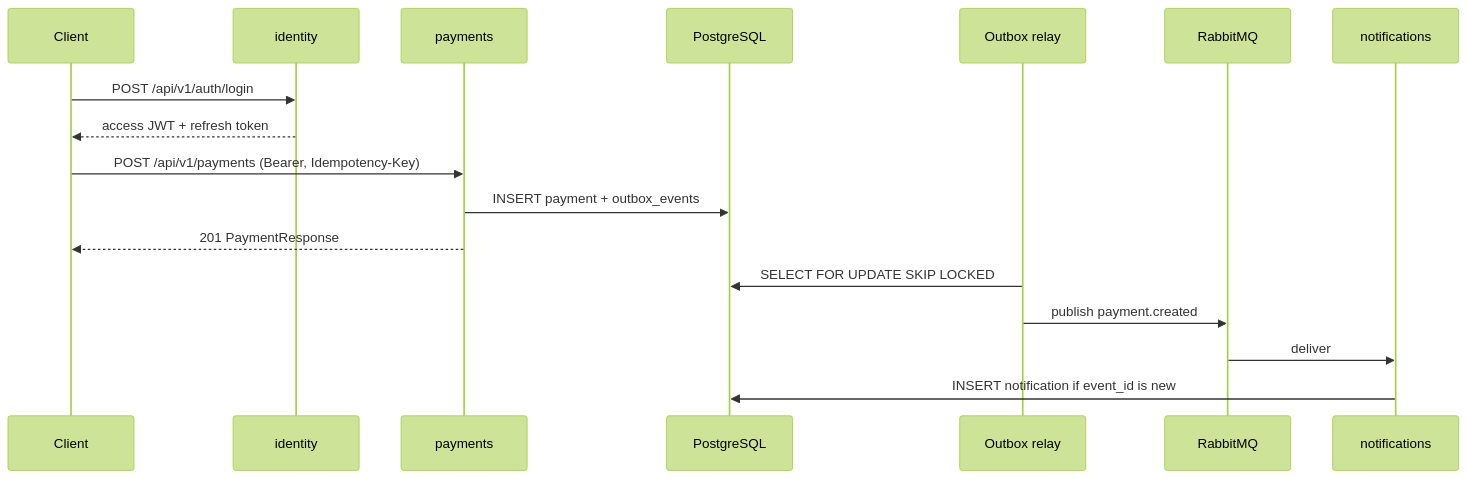
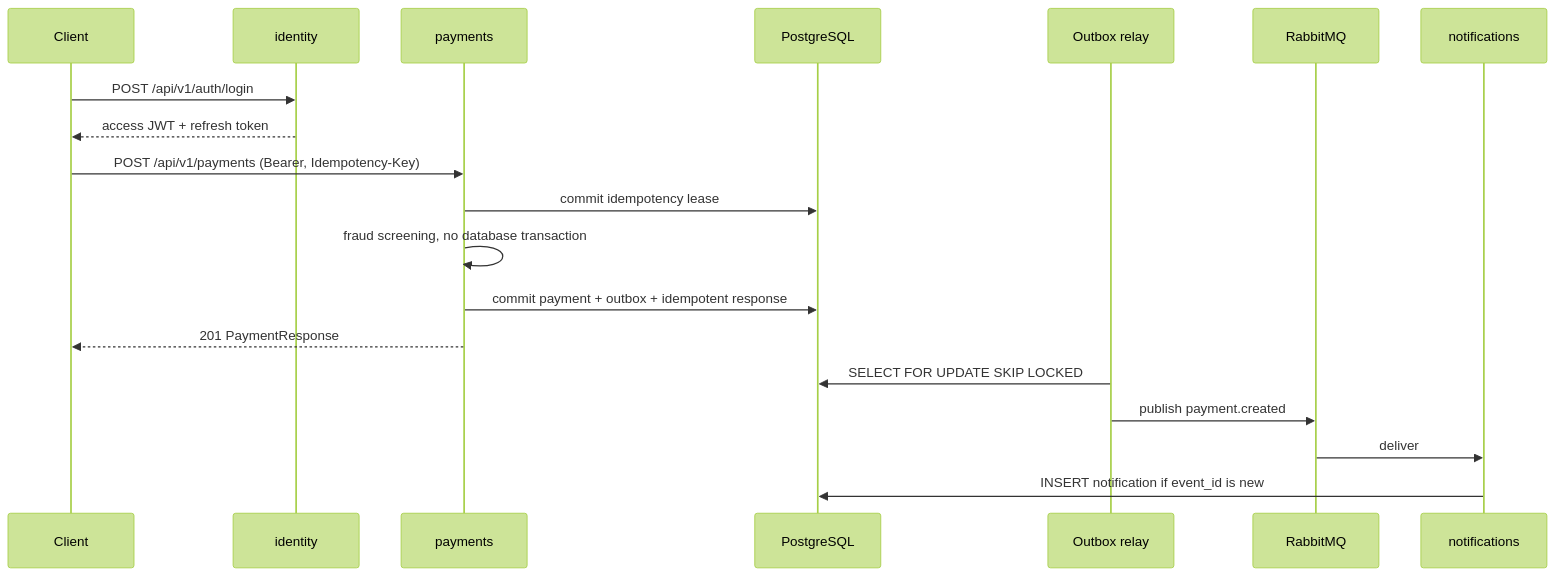
The fourth of 5 diagrams in docs/architecture.md (Andersonlimahw/java-clean-arch-sample), drawn with Mermaid (forest theme) before and after one commit. The commit also changed other lines of this file and 57 other files, not shown here.

First line of the commit message:
fix: keep fraud screening off the payment transaction

````diff
--- a/docs/architecture.md
+++ b/docs/architecture.md
@@ -66,19 +66,21 @@
 ```mermaid
 sequenceDiagram
     participant C as Client
     participant A as identity
     participant P as payments
     participant DB as PostgreSQL
     participant R as Outbox relay
     participant Q as RabbitMQ
     participant N as notifications
     C->>A: POST /api/v1/auth/login
     A-->>C: access JWT + refresh token
     C->>P: POST /api/v1/payments (Bearer, Idempotency-Key)
-    P->>DB: INSERT payment + outbox_events
+    P->>DB: commit idempotency lease
+    P->>P: fraud screening, no database transaction
+    P->>DB: commit payment + outbox + idempotent response
     P-->>C: 201 PaymentResponse
     R->>DB: SELECT FOR UPDATE SKIP LOCKED
     R->>Q: publish payment.created
     Q->>N: deliver
     N->>DB: INSERT notification if event_id is new
 ```
````
